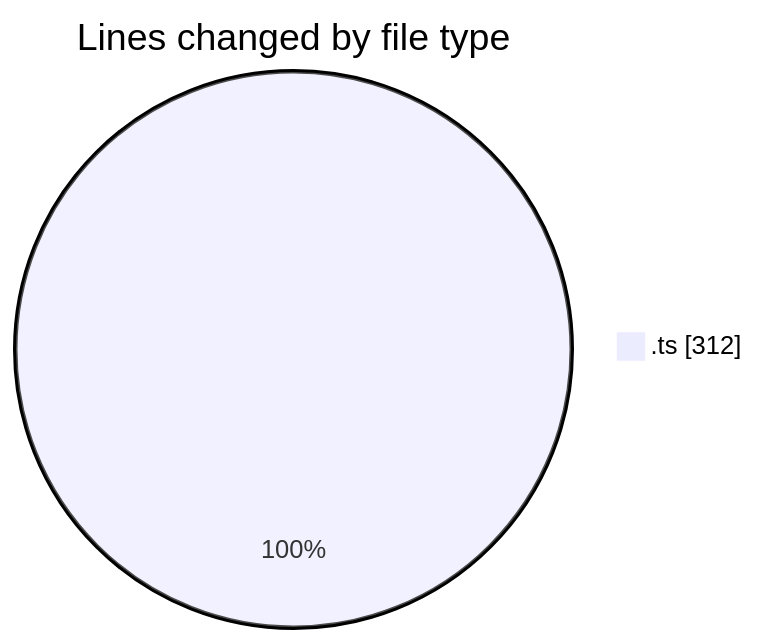
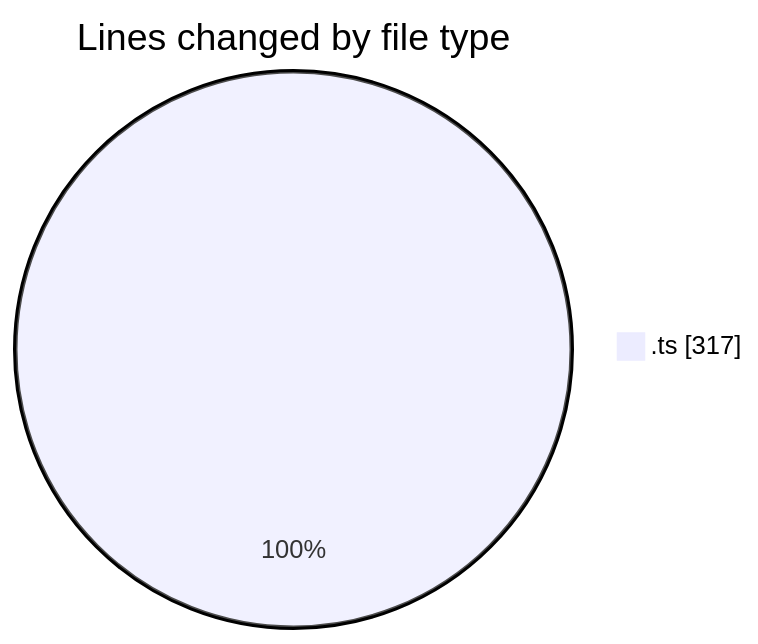
The first of 2 diagrams in 2026-06-02/nxtqube_webapp/README.md (nxtqubesakshisongat/code-tracking), drawn with Mermaid before and after one commit. The commit also changed other lines of this file and 1 other file, not shown here.

````diff
--- a/2026-06-02/nxtqube_webapp/README.md
+++ b/2026-06-02/nxtqube_webapp/README.md
@@ -20,5 +20,5 @@
 ```mermaid
 pie showData
 title Lines changed by file type
-".ts" : 312
+".ts" : 317
 ```
````
